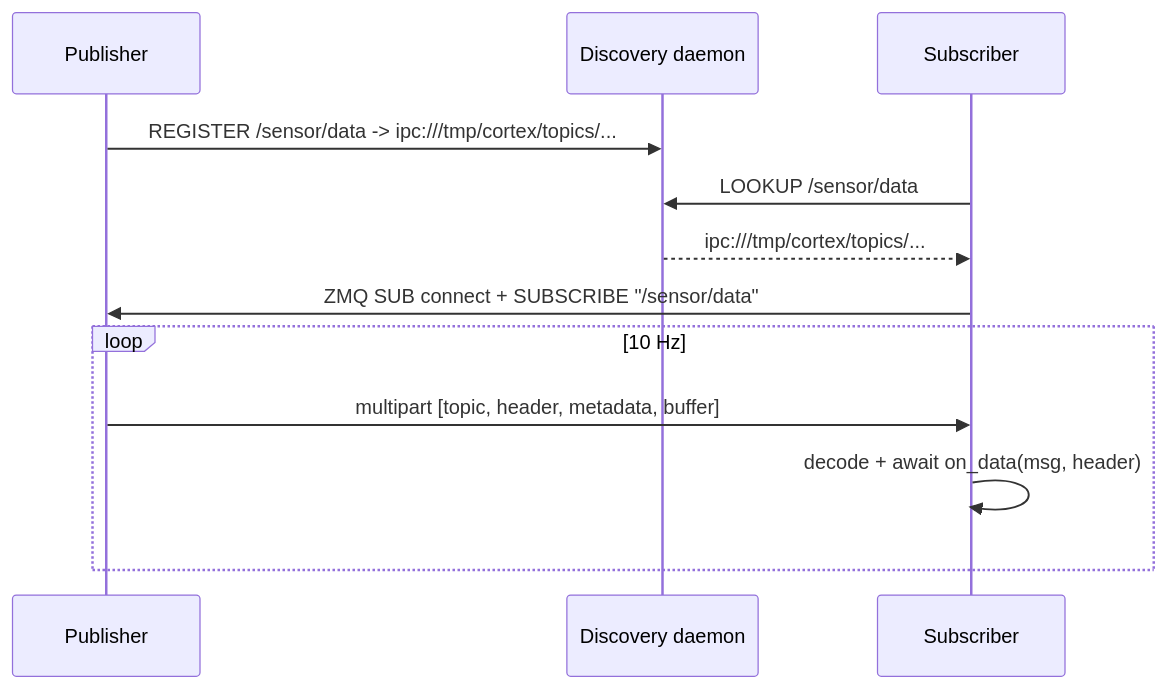
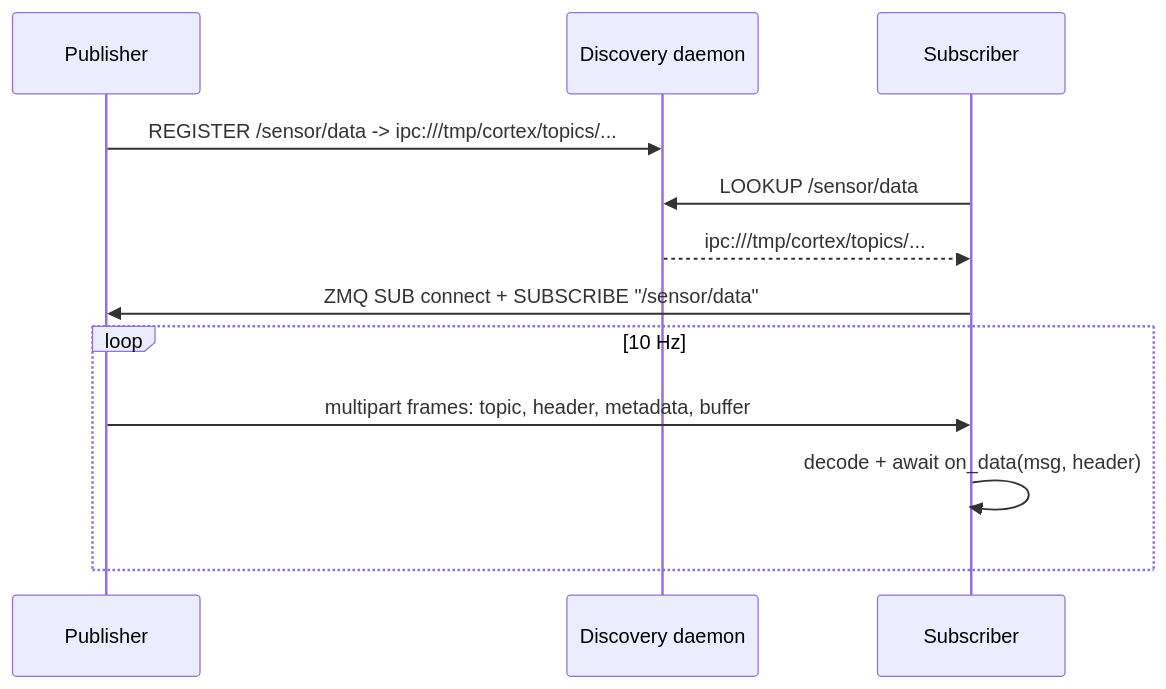
The diagram in docs/getting-started/quickstart.md (sudoRicheek/cortex), drawn with Mermaid before and after one commit. The commit also changed 7 other files, not shown here.

````diff
--- a/docs/getting-started/quickstart.md
+++ b/docs/getting-started/quickstart.md
@@ -88,15 +88,15 @@
 ```mermaid
 sequenceDiagram
     participant P as Publisher
     participant D as Discovery daemon
     participant S as Subscriber
 
     P->>D: REGISTER /sensor/data -> ipc:///tmp/cortex/topics/...
     S->>D: LOOKUP /sensor/data
     D-->>S: ipc:///tmp/cortex/topics/...
     S->>P: ZMQ SUB connect + SUBSCRIBE "/sensor/data"
     loop 10 Hz
-        P->>S: multipart [topic, header, metadata, buffer]
+        P->>S: multipart frames: topic, header, metadata, buffer
         S->>S: decode + await on_data(msg, header)
     end
 ```
````
